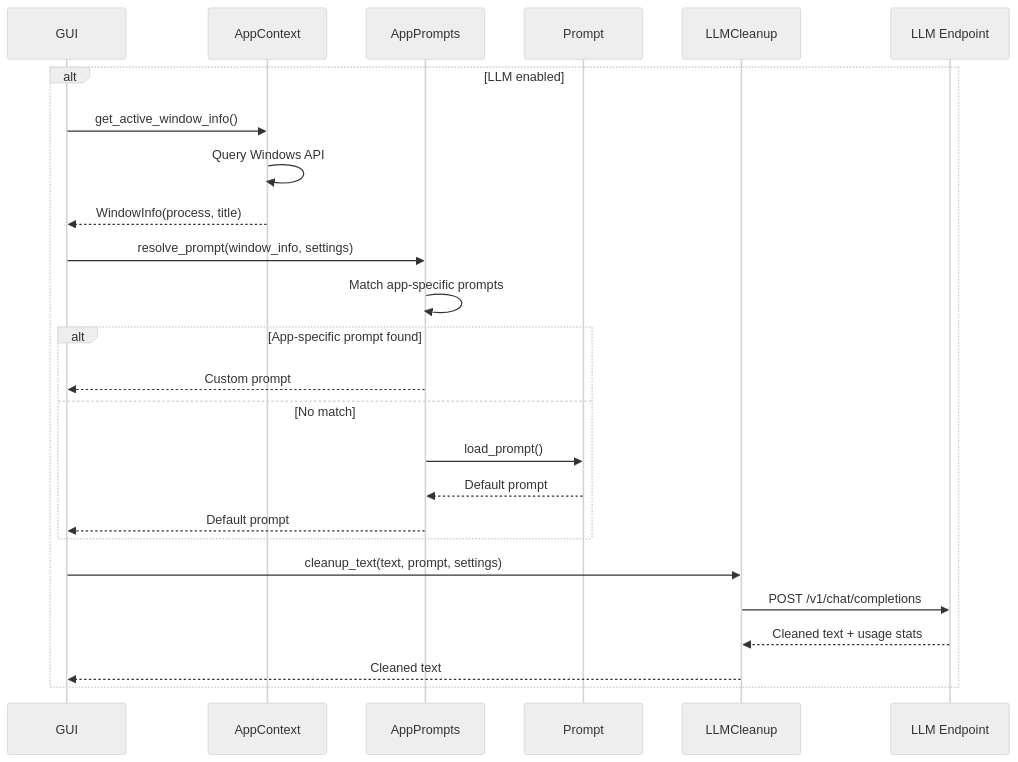
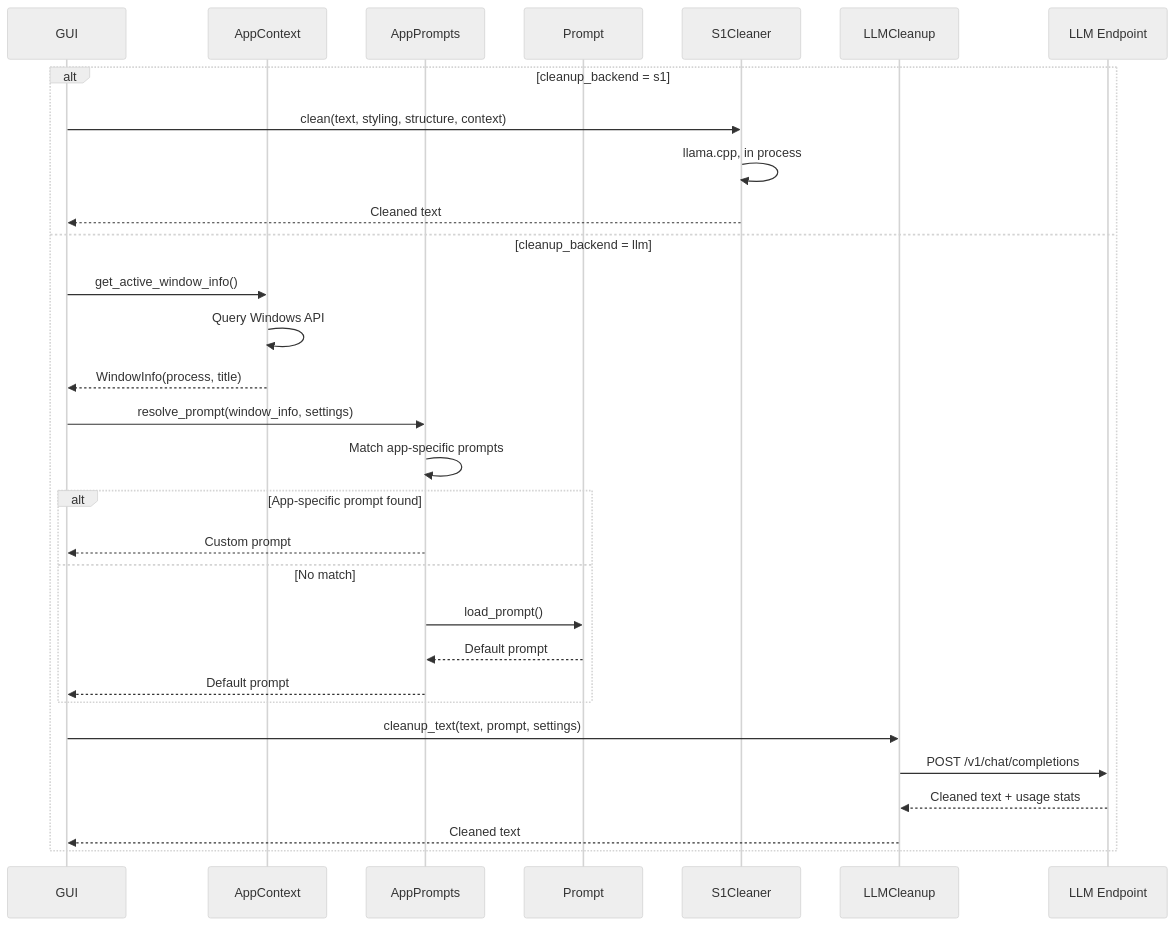
One commit to dancwilliams/whisper-dictate changed the fourth of 6 diagrams in docs/architecture.md. Above: the diagram before and after it, drawn with Mermaid (neutral theme). The commit also changed other lines of this file and 1 other file, not shown here.

````diff
--- a/docs/architecture.md
+++ b/docs/architecture.md
@@ -133,30 +161,35 @@
 ```mermaid
 sequenceDiagram
     participant GUI
     participant AppCtx as AppContext
     participant AppPr as AppPrompts
     participant Prompt
+    participant S1 as S1Cleaner
     participant LLM as LLMCleanup
     participant API as LLM Endpoint
 
-    alt LLM enabled
+    alt cleanup_backend = s1
+        GUI->>S1: clean(text, styling, structure, context)
+        S1->>S1: llama.cpp, in process
+        S1-->>GUI: Cleaned text
+    else cleanup_backend = llm
         GUI->>AppCtx: get_active_window_info()
         AppCtx->>AppCtx: Query Windows API
         AppCtx-->>GUI: WindowInfo(process, title)
 
         GUI->>AppPr: resolve_prompt(window_info, settings)
         AppPr->>AppPr: Match app-specific prompts
         alt App-specific prompt found
             AppPr-->>GUI: Custom prompt
         else No match
             AppPr->>Prompt: load_prompt()
             Prompt-->>AppPr: Default prompt
             AppPr-->>GUI: Default prompt
         end
 
         GUI->>LLM: cleanup_text(text, prompt, settings)
         LLM->>API: POST /v1/chat/completions
         API-->>LLM: Cleaned text + usage stats
         LLM-->>GUI: Cleaned text
     end
 ```
````
